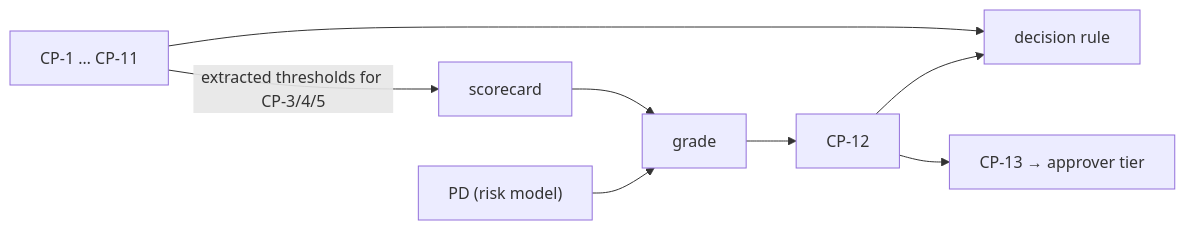
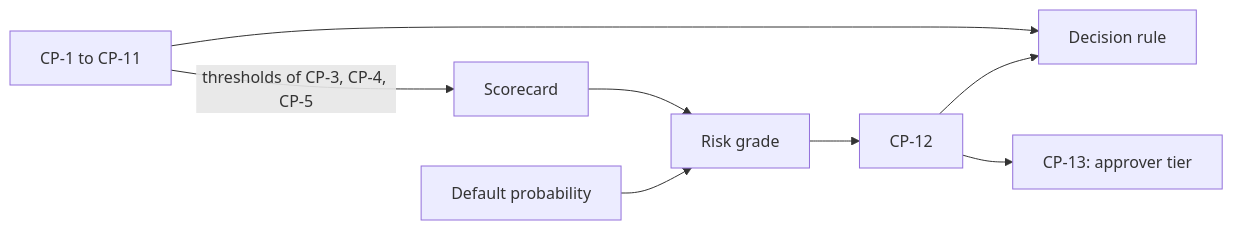
One commit to bhanuponguru/WealthPilot changed the diagram in docs/reference/policy-rules.md. Above: the diagram before and after it, drawn with Mermaid. The commit also changed other lines of this file and 106 other files, not shown here.

````diff
--- a/docs/reference/policy-rules.md
+++ b/docs/reference/policy-rules.md
@@ -47,10 +95,10 @@
 ```mermaid
 flowchart LR
-    CP1["CP-1 … CP-11"] -->|"extracted thresholds for CP-3/4/5"| SC["scorecard"]
-    PD["PD (risk model)"] --> GR["grade"]
+    CP1["CP-1 to CP-11"] -->|"thresholds of CP-3, CP-4, CP-5"| SC["Scorecard"]
+    PD["Default probability"] --> GR["Risk grade"]
     SC --> GR
     GR --> CP12["CP-12"]
-    CP12 --> DR["decision rule"]
+    CP12 --> DR["Decision rule"]
     CP1 --> DR
-    CP12 --> T["CP-13 → approver tier"]
+    CP12 --> T["CP-13: approver tier"]
 ```
````
